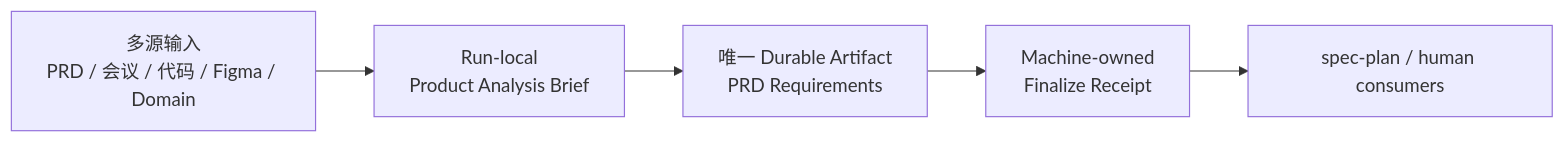
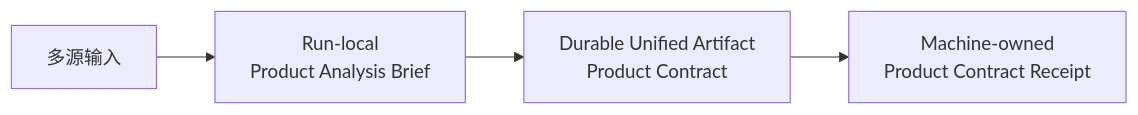
The third of 5 diagrams in docs/validation/spec-prd/2026-07-11-spec-prd-skill-goal-and-restructure-review.md (leo-kuang-ai/spec-first), drawn with Mermaid before and after one commit. The commit also changed other lines of this file and 39 other files, not shown here.

````diff
--- a/docs/validation/spec-prd/2026-07-11-spec-prd-skill-goal-and-restructure-review.md
+++ b/docs/validation/spec-prd/2026-07-11-spec-prd-skill-goal-and-restructure-review.md
@@ -269,7 +331,6 @@
 ```mermaid
 flowchart LR
-    A[多源输入<br/>PRD / 会议 / 代码 / Figma / Domain] --> B[Run-local<br/>Product Analysis Brief]
-    B --> C[唯一 Durable Artifact<br/>PRD Requirements]
-    C --> D[Machine-owned<br/>Finalize Receipt]
-    D --> E[spec-plan / human consumers]
+    A[多源输入] --> B[Run-local<br/>Product Analysis Brief]
+    B --> C[Durable Unified Artifact<br/>Product Contract]
+    C --> D[Machine-owned<br/>Product Contract Receipt]
 ```
````
